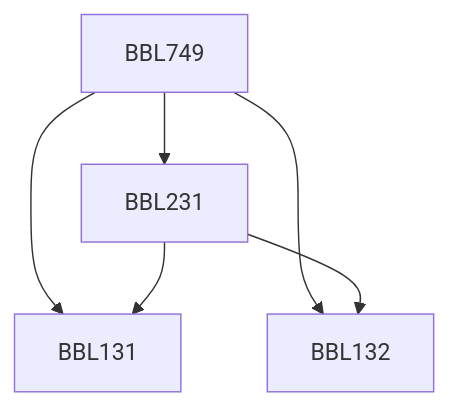
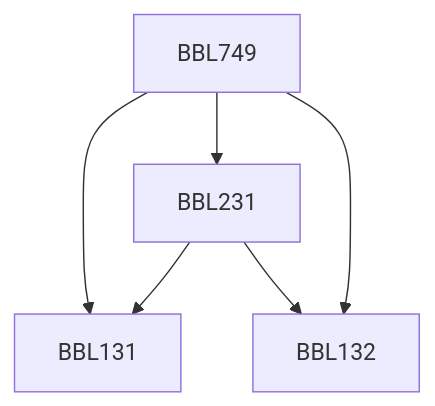
The diagram in content/Biochemical Engineering and Biotechnology/BBL749.md (KeshavBansal0122/CoS_Website), drawn with Mermaid before and after one commit. The commit also changed other lines of this file and 392 other files, not shown here.

````diff
--- a/content/Biochemical Engineering and Biotechnology/BBL749.md
+++ b/content/Biochemical Engineering and Biotechnology/BBL749.md
@@ -15,12 +15,12 @@
 ```mermaid
 flowchart TD
 BBL749-94[BBL749]
+BBL231-94 --> BBL132-94[BBL132]
 BBL749-94 --> BBL131-94[BBL131]
+BBL749-94 --> BBL231-94[BBL231]
 BBL749-94 --> BBL132-94[BBL132]
-BBL231-94 --> BBL132-94[BBL132]
-BBL749-94 --> BBL231-94[BBL231]
 BBL231-94 --> BBL131-94[BBL131]
 
 classDef empty height:17px, fill:transparent, stroke:transparent;
 classDef trueEmpty height:0px, width:0px;
 ```
````
